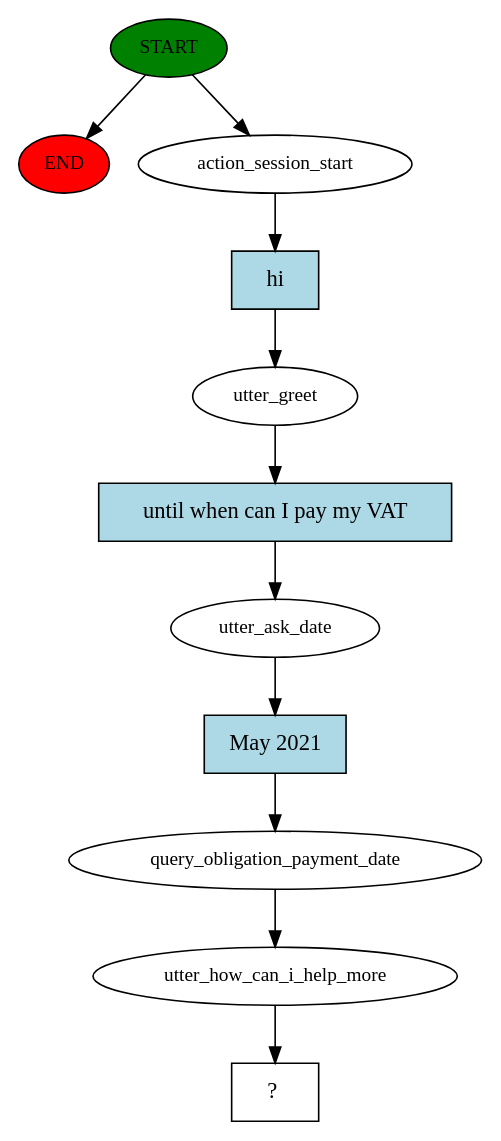
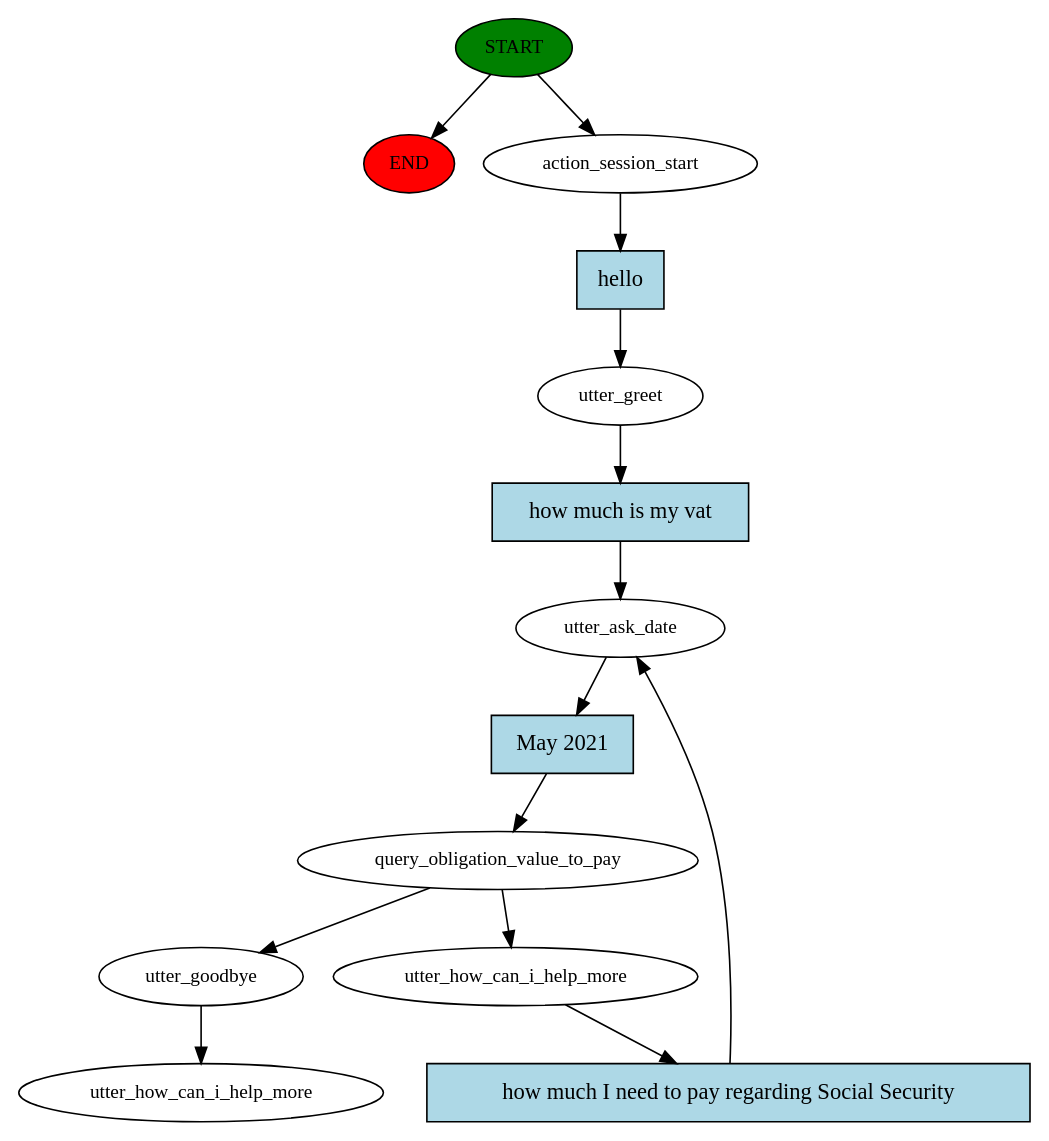
Before and after one commit to isabelSoares/PrimaveraChatBot: the diagram in story_graph.dot, drawn with Graphviz. The commit also changed 8 other files, not shown here.

Commit message:
After the training, value to pay works!

```diff
--- a/story_graph.dot
+++ b/story_graph.dot
@@ -1,23 +1,28 @@
 digraph  {
 0 [class="start active", fillcolor=green, fontsize=12, label=START, style=filled];
 "-1" [class=end, fillcolor=red, fontsize=12, label=END, style=filled];
 1 [class=active, fontsize=12, label=action_session_start];
 2 [class=active, fontsize=12, label=utter_greet];
 3 [class=active, fontsize=12, label=utter_ask_date];
-4 [class=active, fontsize=12, label=query_obligation_payment_date];
+4 [class=active, fontsize=12, label=query_obligation_value_to_pay];
 5 [class=active, fontsize=12, label=utter_how_can_i_help_more];
-6 [class="intent dashed active", label="  ?  ", shape=rect];
-7 [class="intent active", fillcolor=lightblue, label=hi, shape=rect, style=filled];
-8 [class="intent active", fillcolor=lightblue, label="until when can I pay my VAT", shape=rect, style=filled];
-9 [class="intent active", fillcolor=lightblue, label="May 2021", shape=rect, style=filled];
+8 [class=active, fontsize=12, label=utter_goodbye];
+9 [class="dashed active", fontsize=12, label=utter_how_can_i_help_more];
+10 [class="intent active", fillcolor=lightblue, label=hello, shape=rect, style=filled];
+11 [class="intent active", fillcolor=lightblue, label="how much is my vat", shape=rect, style=filled];
+12 [class="intent active", fillcolor=lightblue, label="May 2021", shape=rect, style=filled];
+13 [class="intent active", fillcolor=lightblue, label="how much I need to pay regarding Social Security", shape=rect, style=filled];
 0 -> "-1"  [class="", key=NONE, label=""];
 0 -> 1  [class=active, key=NONE, label=""];
-1 -> 7  [class=active, key=0];
-2 -> 8  [class=active, key=0];
-3 -> 9  [class=active, key=0];
+1 -> 10  [class=active, key=0];
+2 -> 11  [class=active, key=0];
+3 -> 12  [class=active, key=0];
 4 -> 5  [class=active, key=NONE, label=""];
-5 -> 6  [class=active, key=NONE, label=""];
-7 -> 2  [class=active, key=0];
-8 -> 3  [class=active, key=0];
-9 -> 4  [class=active, key=0];
+4 -> 8  [class=active, key=NONE, label=""];
+5 -> 13  [class=active, key=0];
+8 -> 9  [class=active, key=NONE, label=""];
+10 -> 2  [class=active, key=0];
+11 -> 3  [class=active, key=0];
+12 -> 4  [class=active, key=0];
+13 -> 3  [class=active, key=0];
 }
```
